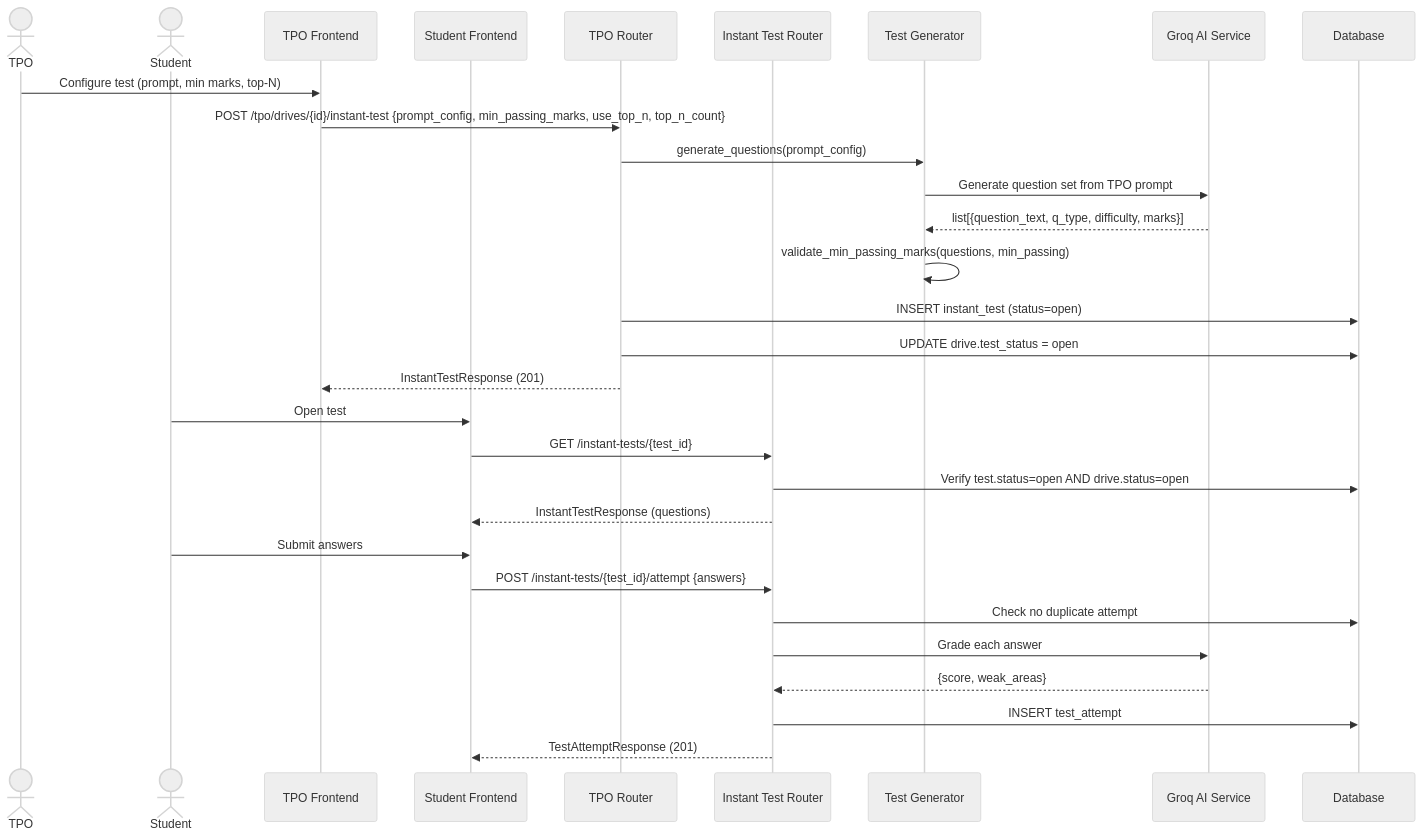
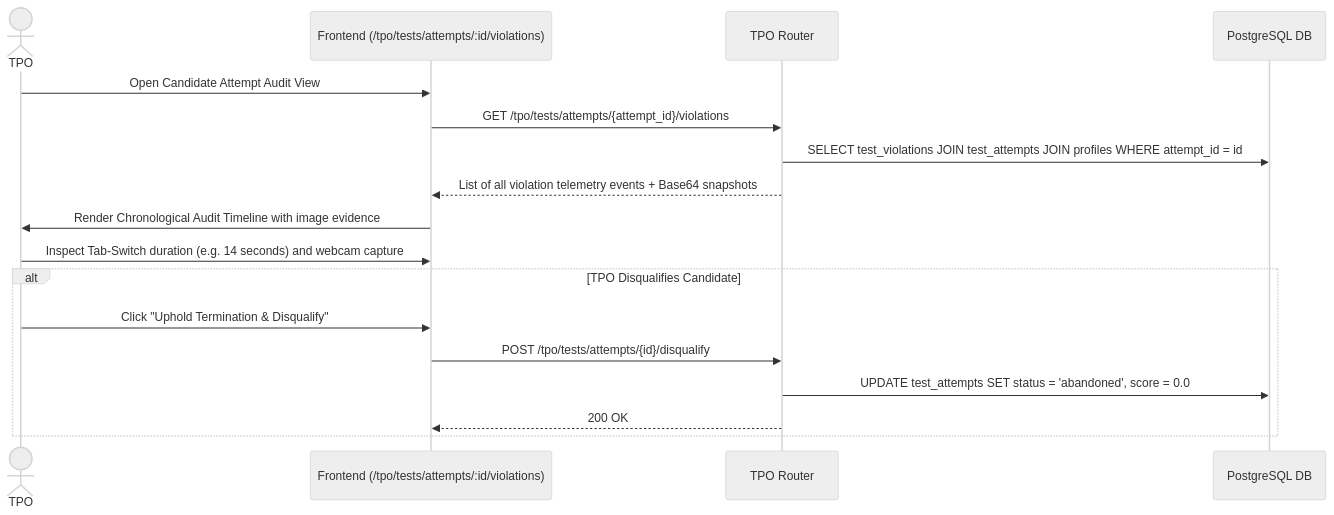
One commit to prathamraval33/7th-sem-project changed diagram 18 of 39 in info.md. Above: the diagram before and after it, drawn with Mermaid (neutral theme). The commit also changed other lines of this file and 11 other files, not shown here.

````diff
--- a/info.md
+++ b/info.md
@@ -1302,35 +2475,20 @@
 ```mermaid
 sequenceDiagram
     actor TPO
-    actor Student
-    participant FE_TPO as TPO Frontend
-    participant FE_STU as Student Frontend
+    participant FE as Frontend (/tpo/tests/attempts/:id/violations)
     participant TPORouter as TPO Router
-    participant TestRouter as Instant Test Router
-    participant Generator as Test Generator
-    participant Groq as Groq AI Service
-    participant DB as Database
+    participant DB as PostgreSQL DB
 
-    TPO->>FE_TPO: Configure test (prompt, min marks, top-N)
-    FE_TPO->>TPORouter: POST /tpo/drives/{id}/instant-test {prompt_config, min_passing_marks, use_top_n, top_n_count}
-    TPORouter->>Generator: generate_questions(prompt_config)
-    Generator->>Groq: Generate question set from TPO prompt
-    Groq-->>Generator: list[{question_text, q_type, difficulty, marks}]
-    Generator->>Generator: validate_min_passing_marks(questions, min_passing)
-    TPORouter->>DB: INSERT instant_test (status=open)
-    TPORouter->>DB: UPDATE drive.test_status = open
-    TPORouter-->>FE_TPO: InstantTestResponse (201)
-
-    Student->>FE_STU: Open test
-    FE_STU->>TestRouter: GET /instant-tests/{test_id}
-    TestRouter->>DB: Verify test.status=open AND drive.status=open
-    TestRouter-->>FE_STU: InstantTestResponse (questions)
-
-    Student->>FE_STU: Submit answers
-    FE_STU->>TestRouter: POST /instant-tests/{test_id}/attempt {answers}
-    TestRouter->>DB: Check no duplicate attempt
-    TestRouter->>Groq: Grade each answer
-    Groq-->>TestRouter: {score, weak_areas}
-    TestRouter->>DB: INSERT test_attempt
-    TestRouter-->>FE_STU: TestAttemptResponse (201)
+    TPO->>FE: Open Candidate Attempt Audit View
+    FE->>TPORouter: GET /tpo/tests/attempts/{attempt_id}/violations
+    TPORouter->>DB: SELECT test_violations JOIN test_attempts JOIN profiles WHERE attempt_id = id
+    TPORouter-->>FE: List of all violation telemetry events + Base64 snapshots
+    FE->>TPO: Render Chronological Audit Timeline with image evidence
+    TPO->>FE: Inspect Tab-Switch duration (e.g. 14 seconds) and webcam capture
+    alt TPO Disqualifies Candidate
+        TPO->>FE: Click "Uphold Termination & Disqualify"
+        FE->>TPORouter: POST /tpo/tests/attempts/{id}/disqualify
+        TPORouter->>DB: UPDATE test_attempts SET status = 'abandoned', score = 0.0
+        TPORouter-->>FE: 200 OK
+    end
 ```
````
